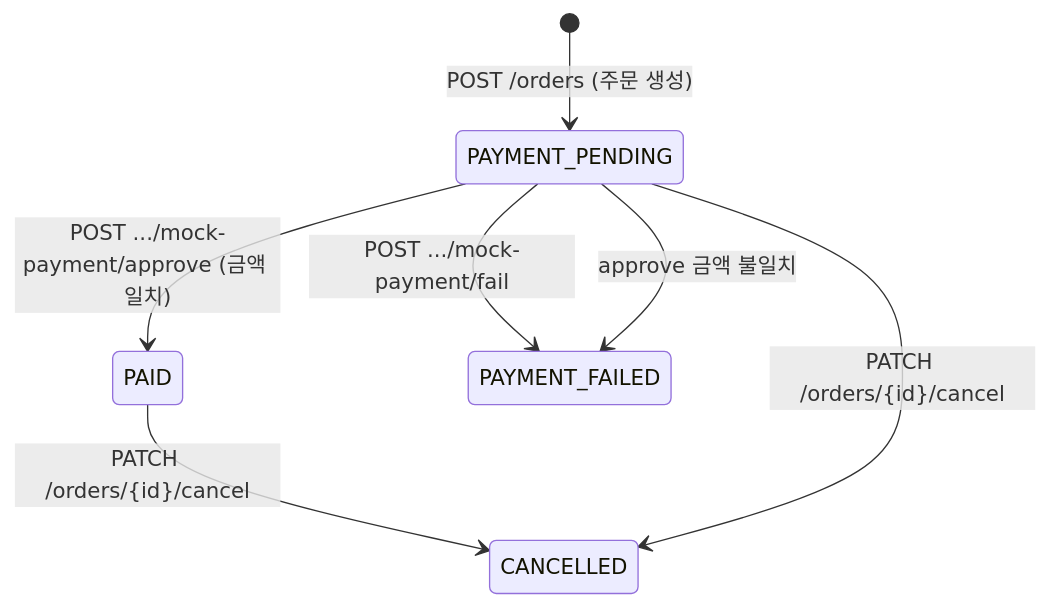
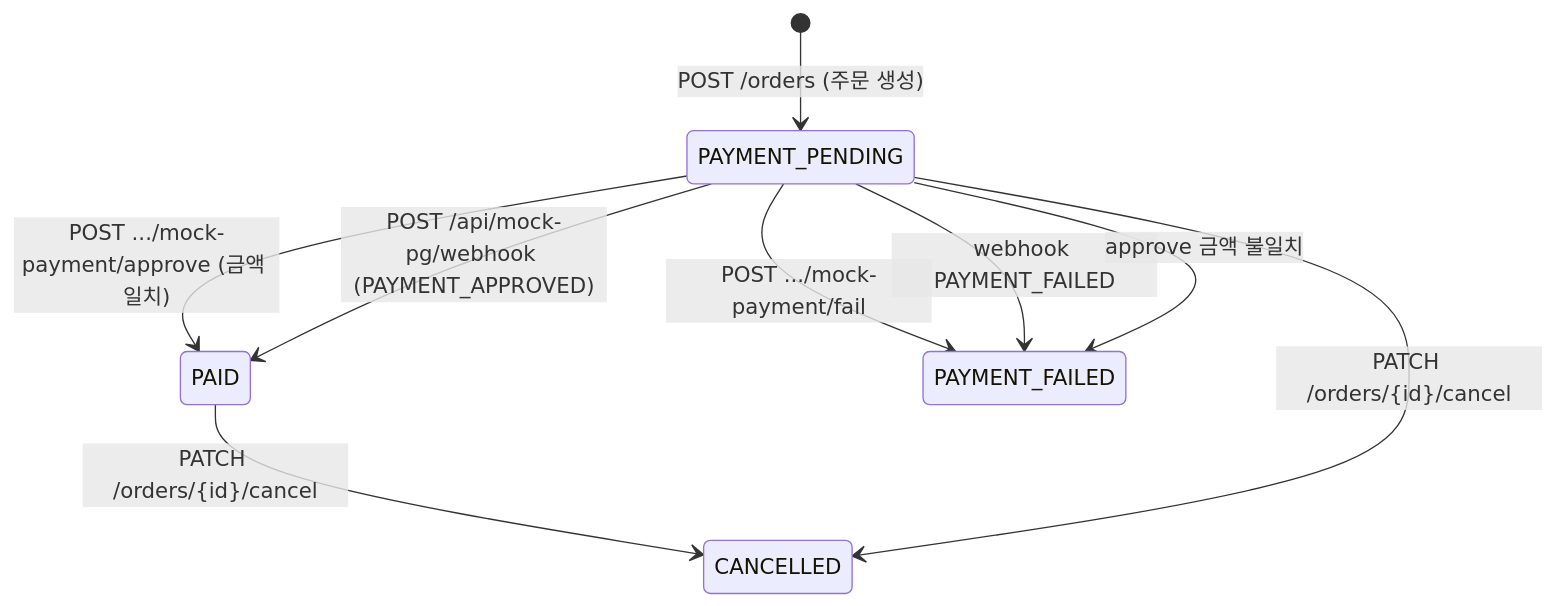
One commit to literallyme1/fan-cafe-backend changed the diagram in README.md. Above: the diagram before and after it, drawn with Mermaid. The commit also changed other lines of this file and 16 other files, not shown here.

````diff
--- a/README.md
+++ b/README.md
@@ -9,9 +9,11 @@
 ```mermaid
 stateDiagram-v2
     [*] --> PAYMENT_PENDING: POST /orders (주문 생성)
     PAYMENT_PENDING --> PAID: POST .../mock-payment/approve (금액 일치)
+    PAYMENT_PENDING --> PAID: POST /api/mock-pg/webhook (PAYMENT_APPROVED)
     PAYMENT_PENDING --> PAYMENT_FAILED: POST .../mock-payment/fail
+    PAYMENT_PENDING --> PAYMENT_FAILED: webhook PAYMENT_FAILED
     PAYMENT_PENDING --> PAYMENT_FAILED: approve 금액 불일치
     PAID --> CANCELLED: PATCH /orders/{id}/cancel
     PAYMENT_PENDING --> CANCELLED: PATCH /orders/{id}/cancel
 ```
````
